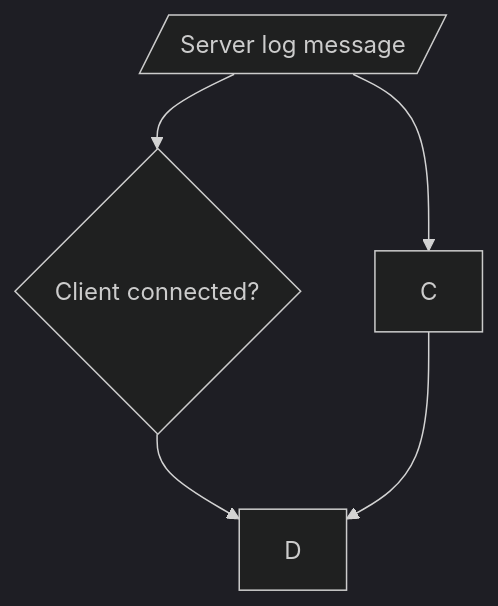
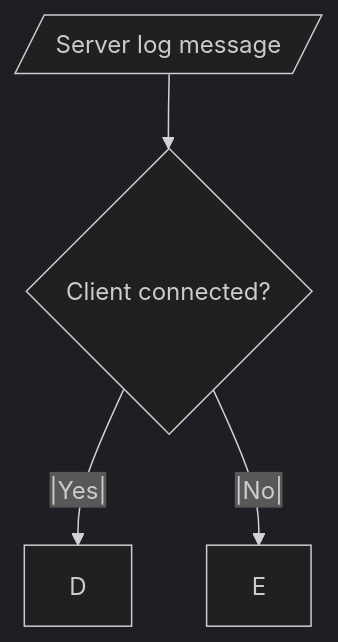
The diagram in README.md (carlosjhr64/l4d2-observer), drawn with Mermaid (dark theme) before and after one commit.

Commit message:
mermaid - yes/no

````diff
--- a/README.md
+++ b/README.md
@@ -32,7 +32,6 @@
 ```mermaid
 flowchart TD
   A[/Server log message/]-->B{Client connected?}
-  A-->C
-  B-->D
-  C-->D
+  B--|Yes|-->D
+  B--|No|-->E
 ```
````
